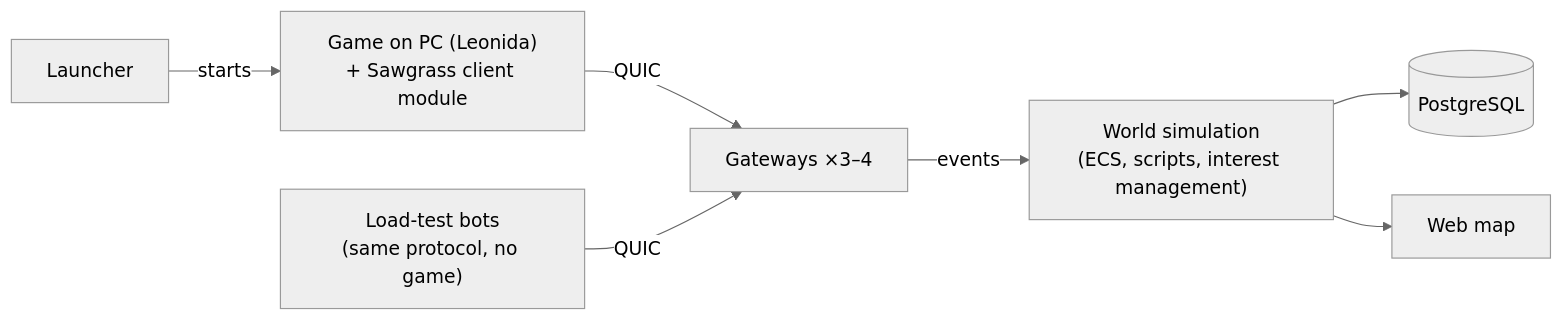
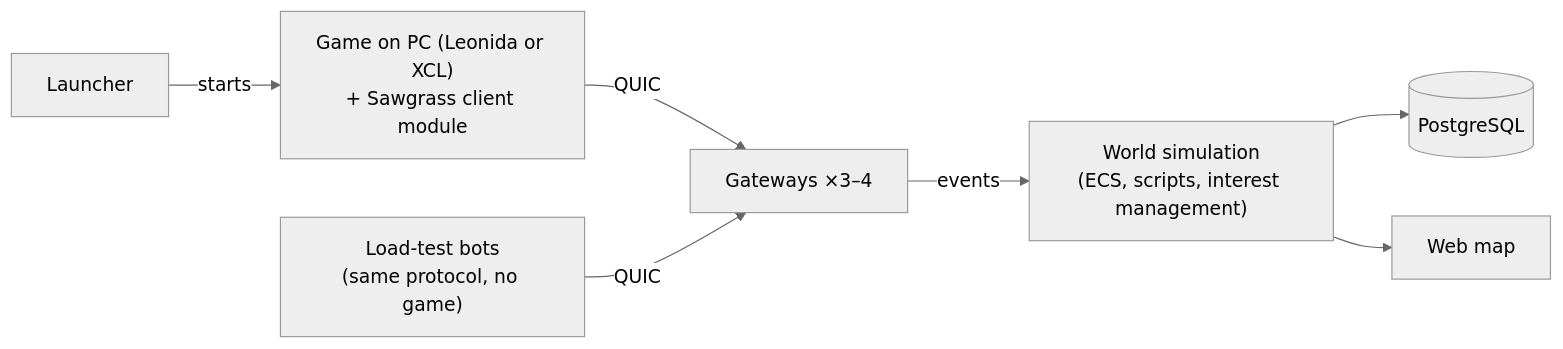
One commit to sawgrass-mp/sawgrass changed the diagram in README.md. Above: the diagram before and after it, drawn with Mermaid (neutral theme). The commit also changed other lines of this file and 3 other files, not shown here.

````diff
--- a/README.md
+++ b/README.md
@@ -87,9 +93,9 @@
 ```mermaid
 flowchart LR
-    L[Launcher] -->|starts| G["Game on PC (Leonida)<br>+ Sawgrass client module"]
+    L[Launcher] -->|starts| G["Game on PC (Leonida or XCL)<br>+ Sawgrass client module"]
     G -->|QUIC| GW["Gateways ×3–4"]
     B["Load-test bots<br>(same protocol, no game)"] -->|QUIC| GW
     GW -->|events| W["World simulation<br>(ECS, scripts, interest management)"]
     W --> DB[(PostgreSQL)]
     W --> M[Web map]
 ```
````
